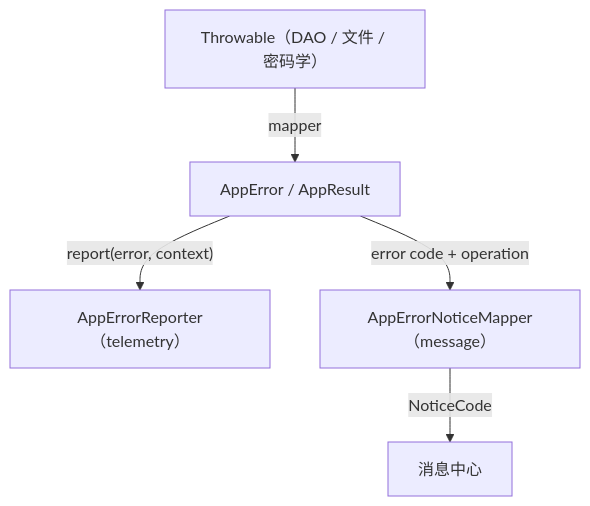
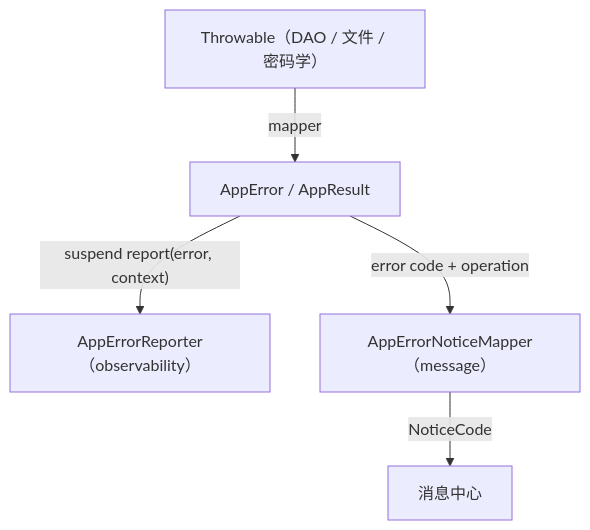
The diagram in docs/architecture/error-handling.md (aozijx/Passly), drawn with Mermaid before and after one commit. The commit also changed other lines of this file and 64 other files, not shown here.

Commit message:
refactor(observability): replace legacy telemetry

````diff
--- a/docs/architecture/error-handling.md
+++ b/docs/architecture/error-handling.md
@@ -7,7 +7,7 @@
 ```mermaid
 flowchart TD
     EX["Throwable（DAO / 文件 / 密码学）"] -->|"mapper"| AE["AppError / AppResult"]
-    AE -->|"report(error, context)"| REP["AppErrorReporter（telemetry）"]
+    AE -->|"suspend report(error, context)"| REP["AppErrorReporter（observability）"]
     AE -->|"error code + operation"| NM["AppErrorNoticeMapper（message）"]
     NM -->|"NoticeCode"| MC["消息中心"]
 ```
````
